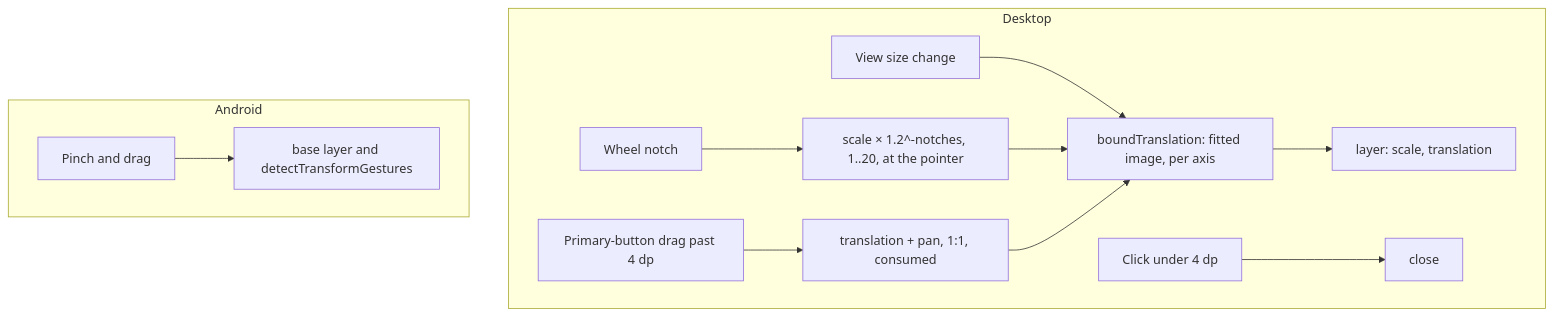
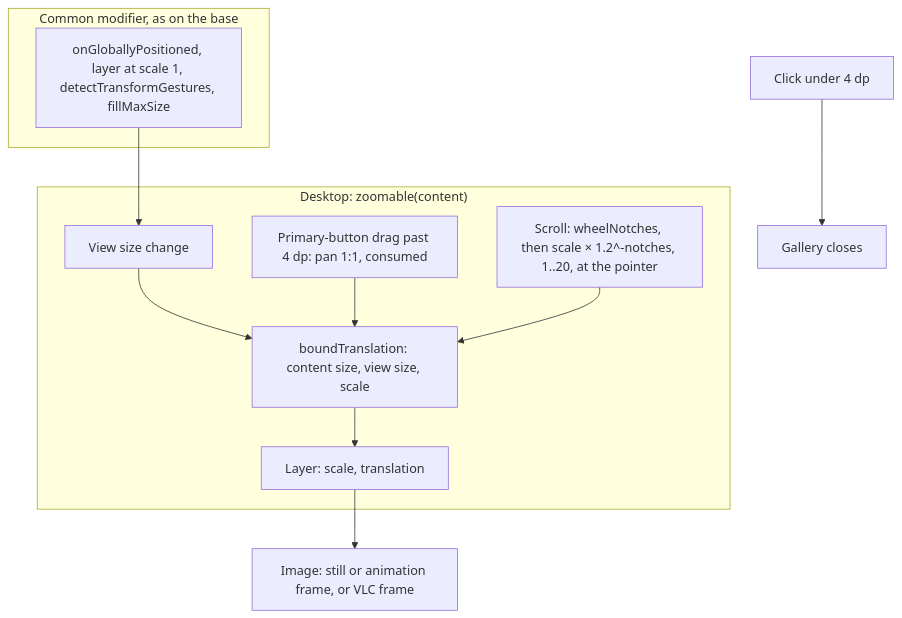
Before and after one commit to simplex-chat/simplex-chat: the diagram in plans/2026-11-15-desktop-image-zoom.md, drawn with Mermaid. The commit also changed other lines of this file, not shown here.

Commit message:
plans: desktop zoom in desktop actuals, macOS trackpad speed

````diff
--- a/plans/2026-11-15-desktop-image-zoom.md
+++ b/plans/2026-11-15-desktop-image-zoom.md
@@ -21,15 +24,15 @@
 ```mermaid
 flowchart TD
-  subgraph Desktop
-    W[Wheel notch] --> Z["scale × 1.2^-notches, 1..20, at the pointer"]
-    D[Primary-button drag past 4 dp] --> P["translation + pan, 1:1, consumed"]
+  subgraph Common["Common modifier, as on the base"]
+    C["onGloballyPositioned, layer at scale 1, detectTransformGestures, fillMaxSize"]
+  end
+  subgraph Zoomable["Desktop: zoomable(content)"]
     S[View size change] --> B
-    Z --> B[boundTranslation: fitted image, per axis]
-    P --> B
-    B --> L1[layer: scale, translation]
-    K[Click under 4 dp] --> X[close]
+    D["Primary-button drag past 4 dp: pan 1:1, consumed"] --> B
+    W["Scroll: wheelNotches, then scale × 1.2^-notches, 1..20, at the pointer"] --> B
+    B["boundTranslation: content size, view size, scale"] --> L[Layer: scale, translation]
   end
-  subgraph Android
-    A[Pinch and drag] --> R[base layer and detectTransformGestures]
-  end
+  C --> S
+  L --> I["Image: still or animation frame, or VLC frame"]
+  K[Click under 4 dp] --> X[Gallery closes]
 ```
````
